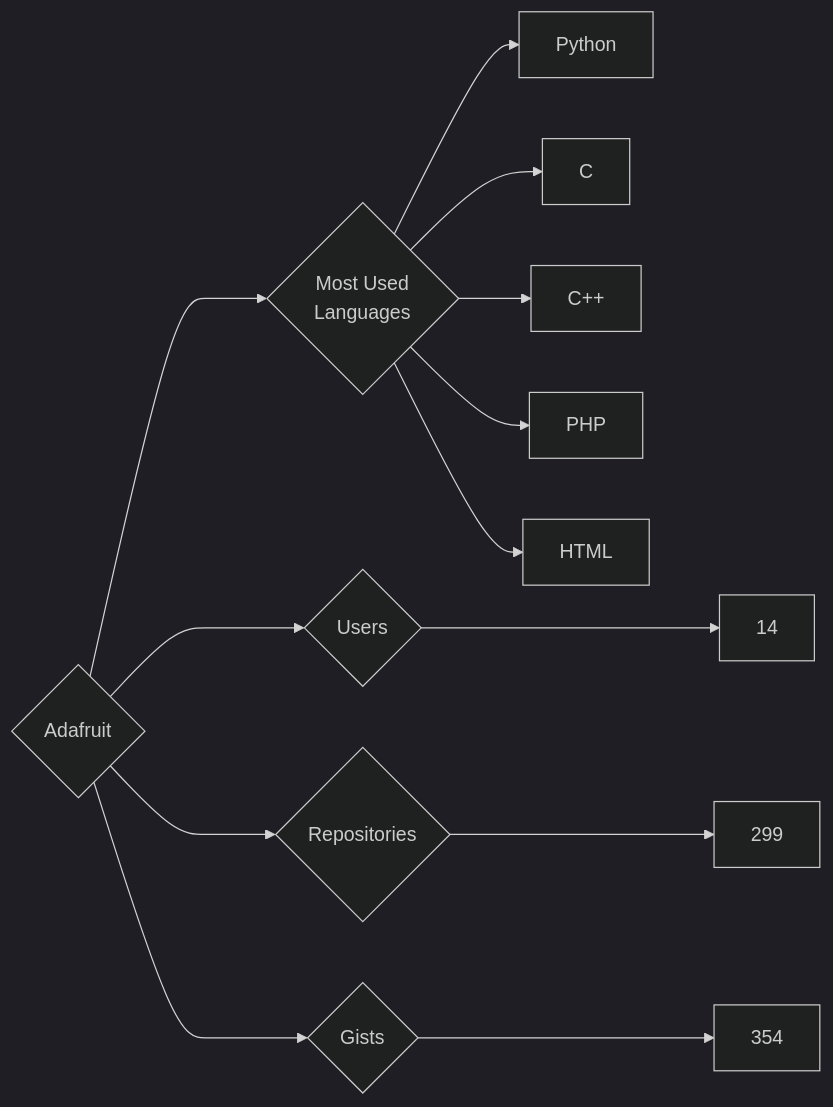
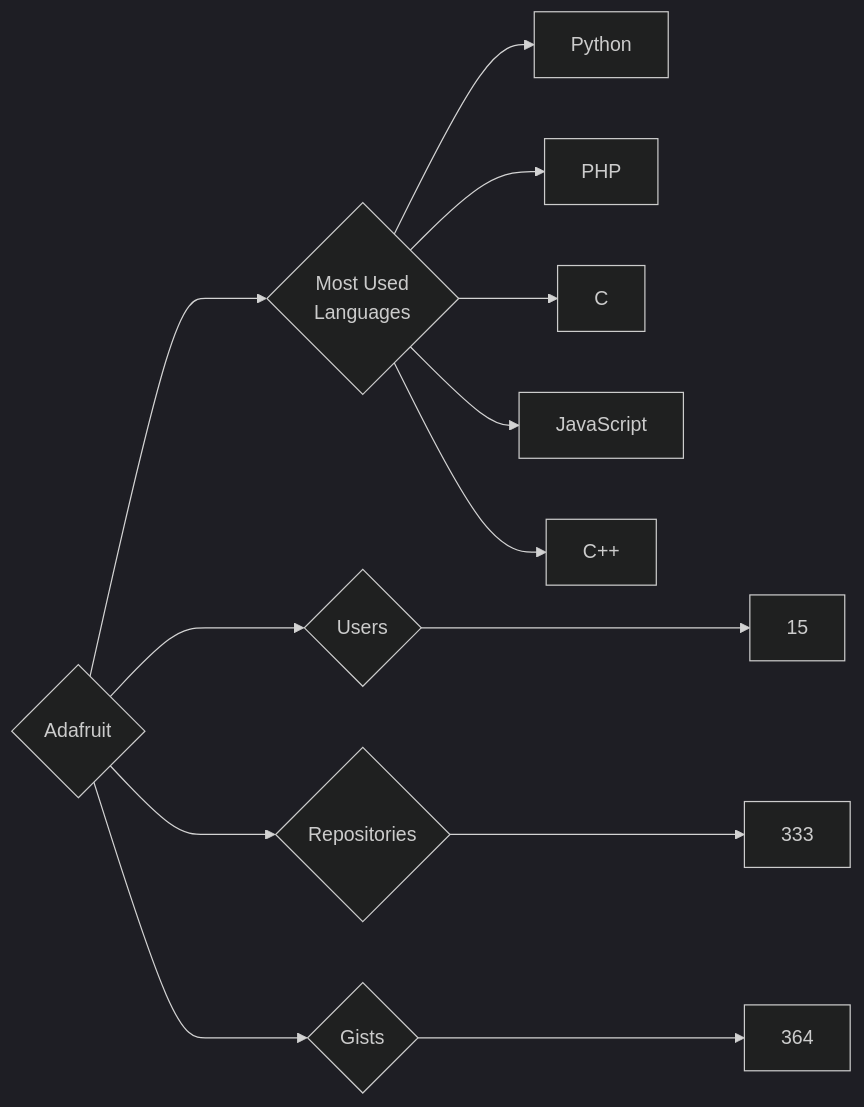
Before and after one commit to trickest/insiders: the diagram in targets/Adafruit/README.md, drawn with Mermaid (dark theme). The commit also changed 679 other files, not shown here.

````diff
--- a/targets/Adafruit/README.md
+++ b/targets/Adafruit/README.md
@@ -3,13 +3,13 @@
 ```mermaid
 graph LR
 COMPANY_NAME{Adafruit}
-COMPANY_NAME ---> U{Users} ---> UN[14]
-COMPANY_NAME ---> R{Repositories} ---> RN[299]
-COMPANY_NAME ---> G{Gists} ---> GN[354]
+COMPANY_NAME ---> U{Users} ---> UN[15]
+COMPANY_NAME ---> R{Repositories} ---> RN[333]
+COMPANY_NAME ---> G{Gists} ---> GN[364]
 COMPANY_NAME ---> ML{Most Used<br>Languages}
 ML --> Python[Python]
+ML --> PHP[PHP]
 ML --> C[C]
+ML --> JavaScript[JavaScript]
 ML --> C++[C++]
-ML --> PHP[PHP]
-ML --> HTML[HTML]
 ```
````
